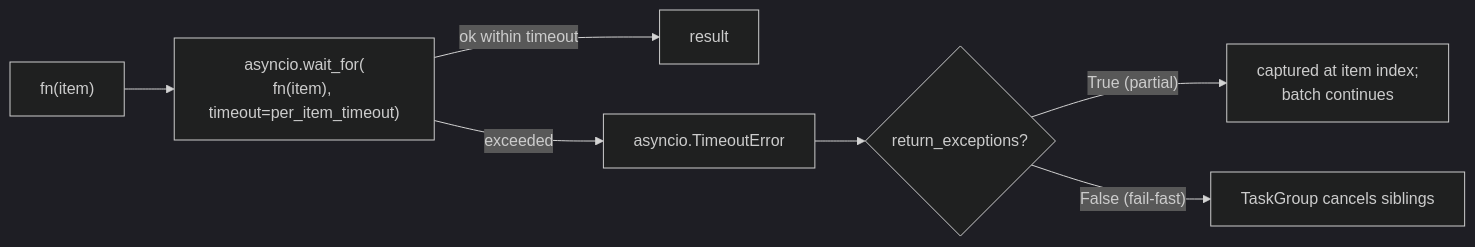
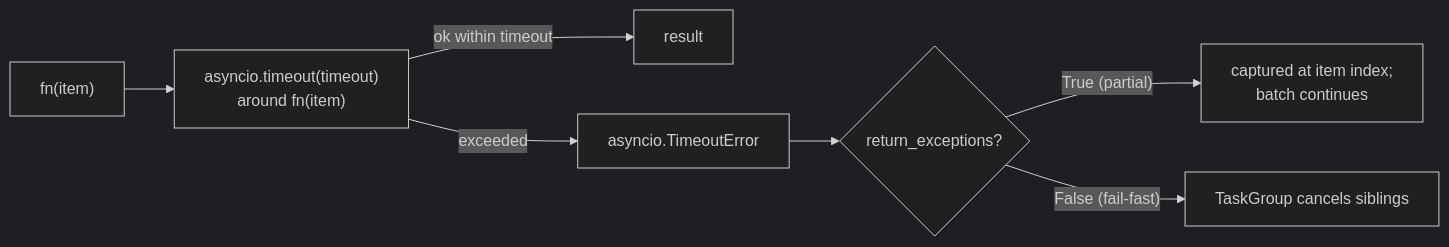
Before and after one commit to jt-mchorse/python-async-llm-pipelines: the sixth of 6 diagrams in docs/architecture.md, drawn with Mermaid (dark theme). The commit also changed other lines of this file and 3 other files, not shown here.

First line of the commit message:
docs(architecture): fix nonexistent per_item_timeout kwarg + lock it (#70) (#71)

````diff
--- a/docs/architecture.md
+++ b/docs/architecture.md
@@ -195,9 +195,9 @@
 ```mermaid
 flowchart LR
-    CALL["fn(item)"] --> WAIT["asyncio.wait_for(<br/>fn(item), timeout=per_item_timeout)"]
+    CALL["fn(item)"] --> WAIT["asyncio.timeout(timeout)<br/>around fn(item)"]
     WAIT -- "ok within timeout" --> R["result"]
     WAIT -- "exceeded" --> TO["asyncio.TimeoutError"]
     TO --> RE{"return_exceptions?"}
     RE -- "True (partial)" --> CAP["captured at item index;<br/>batch continues"]
     RE -- "False (fail-fast)" --> CG["TaskGroup cancels siblings"]
 ```
````
